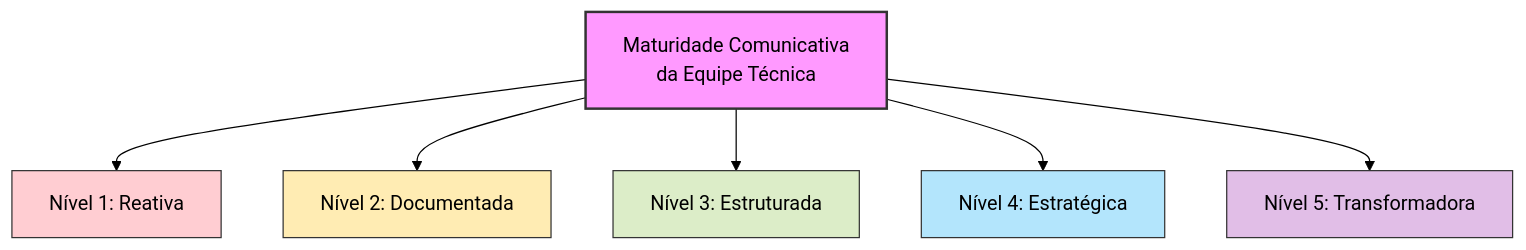
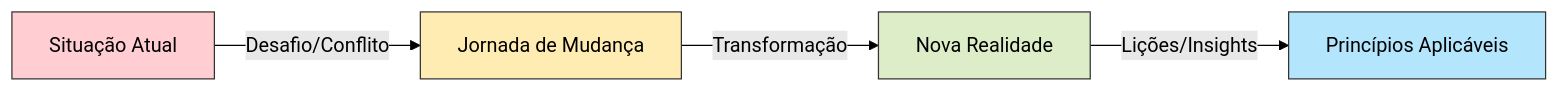
Before and after one commit to felipepimentel/my-public-notes: the fourth of 4 diagrams in Leadership/comunicação.md, drawn with Mermaid (forest theme). The commit also changed other lines of this file, not shown here.

````diff
--- a/Leadership/comunicação.md
+++ b/Leadership/comunicação.md
@@ -1171,15 +412,11 @@
 ```mermaid
-graph TD
-    A[Maturidade Comunicativa\nda Equipe Técnica] --> B[Nível 1: Reativa]
-    A --> C[Nível 2: Documentada]
-    A --> D[Nível 3: Estruturada]
-    A --> E[Nível 4: Estratégica]
-    A --> F[Nível 5: Transformadora]
+graph LR
+    A[Situação Atual] -->|Desafio/Conflito| B[Jornada de Mudança]
+    B -->|Transformação| C[Nova Realidade]
+    C -->|Lições/Insights| D[Princípios Aplicáveis]
     
-    style A fill:#f9f,stroke:#333,stroke-width:2px
-    style B fill:#ffcdd2,stroke:#333
-    style C fill:#ffecb3,stroke:#333
-    style D fill:#dcedc8,stroke:#333
-    style E fill:#b3e5fc,stroke:#333
-    style F fill:#e1bee7,stroke:#333
+    style A fill:#ffcdd2,stroke:#333
+    style B fill:#ffecb3,stroke:#333
+    style C fill:#dcedc8,stroke:#333
+    style D fill:#b3e5fc,stroke:#333
 ```
````
